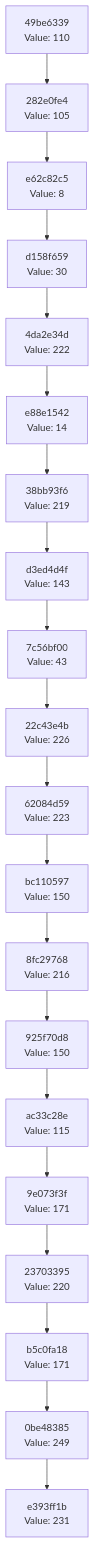
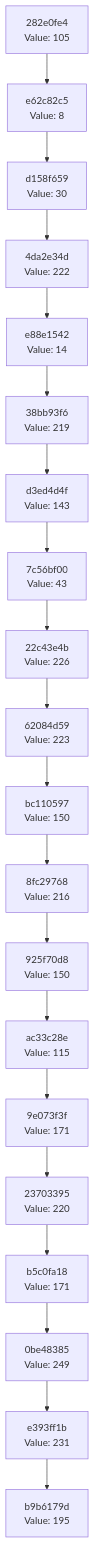
Before and after one commit to Abhisheksinha1506/hash-chain-evolver: the diagram in docs/CHAIN_VISUALIZATION.md, drawn with Mermaid. The commit also changed 2 other files, not shown here.

Commit message:
Evolution step: hash 0xC3 → action executed

````diff
--- a/docs/CHAIN_VISUALIZATION.md
+++ b/docs/CHAIN_VISUALIZATION.md
@@ -3,42 +3,42 @@
 ```mermaid
 graph TD
-    C0["e393ff1b<br/>Value: 231"]
-    C1["0be48385<br/>Value: 249"]
+    C0["b9b6179d<br/>Value: 195"]
+    C1["e393ff1b<br/>Value: 231"]
     C1 --> C0
-    C2["b5c0fa18<br/>Value: 171"]
+    C2["0be48385<br/>Value: 249"]
     C2 --> C1
-    C3["23703395<br/>Value: 220"]
+    C3["b5c0fa18<br/>Value: 171"]
     C3 --> C2
-    C4["9e073f3f<br/>Value: 171"]
+    C4["23703395<br/>Value: 220"]
     C4 --> C3
-    C5["ac33c28e<br/>Value: 115"]
+    C5["9e073f3f<br/>Value: 171"]
     C5 --> C4
-    C6["925f70d8<br/>Value: 150"]
+    C6["ac33c28e<br/>Value: 115"]
     C6 --> C5
-    C7["8fc29768<br/>Value: 216"]
+    C7["925f70d8<br/>Value: 150"]
     C7 --> C6
-    C8["bc110597<br/>Value: 150"]
+    C8["8fc29768<br/>Value: 216"]
     C8 --> C7
-    C9["62084d59<br/>Value: 223"]
+    C9["bc110597<br/>Value: 150"]
     C9 --> C8
-    C10["22c43e4b<br/>Value: 226"]
+    C10["62084d59<br/>Value: 223"]
     C10 --> C9
-    C11["7c56bf00<br/>Value: 43"]
+    C11["22c43e4b<br/>Value: 226"]
     C11 --> C10
-    C12["d3ed4d4f<br/>Value: 143"]
+    C12["7c56bf00<br/>Value: 43"]
     C12 --> C11
-    C13["38bb93f6<br/>Value: 219"]
+    C13["d3ed4d4f<br/>Value: 143"]
     C13 --> C12
-    C14["e88e1542<br/>Value: 14"]
+    C14["38bb93f6<br/>Value: 219"]
     C14 --> C13
-    C15["4da2e34d<br/>Value: 222"]
+    C15["e88e1542<br/>Value: 14"]
     C15 --> C14
-    C16["d158f659<br/>Value: 30"]
+    C16["4da2e34d<br/>Value: 222"]
     C16 --> C15
-    C17["e62c82c5<br/>Value: 8"]
+    C17["d158f659<br/>Value: 30"]
     C17 --> C16
-    C18["282e0fe4<br/>Value: 105"]
+    C18["e62c82c5<br/>Value: 8"]
     C18 --> C17
-    C19["49be6339<br/>Value: 110"]
+    C19["282e0fe4<br/>Value: 105"]
     C19 --> C18
 ```
````
